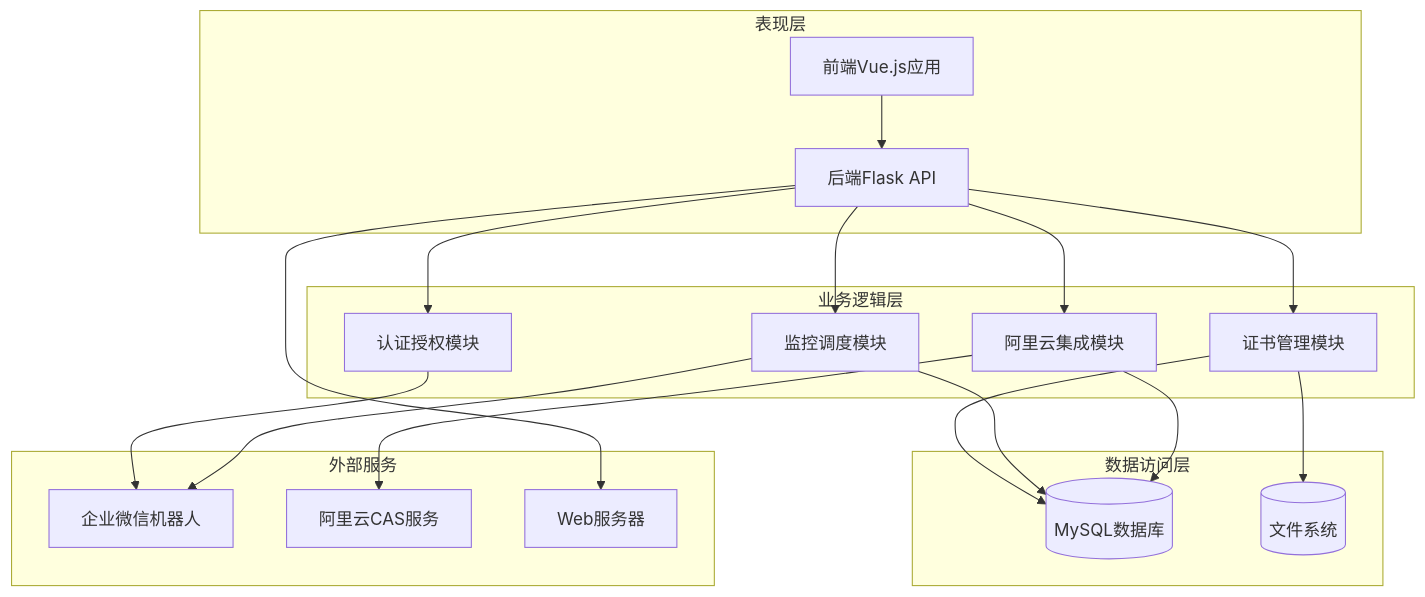
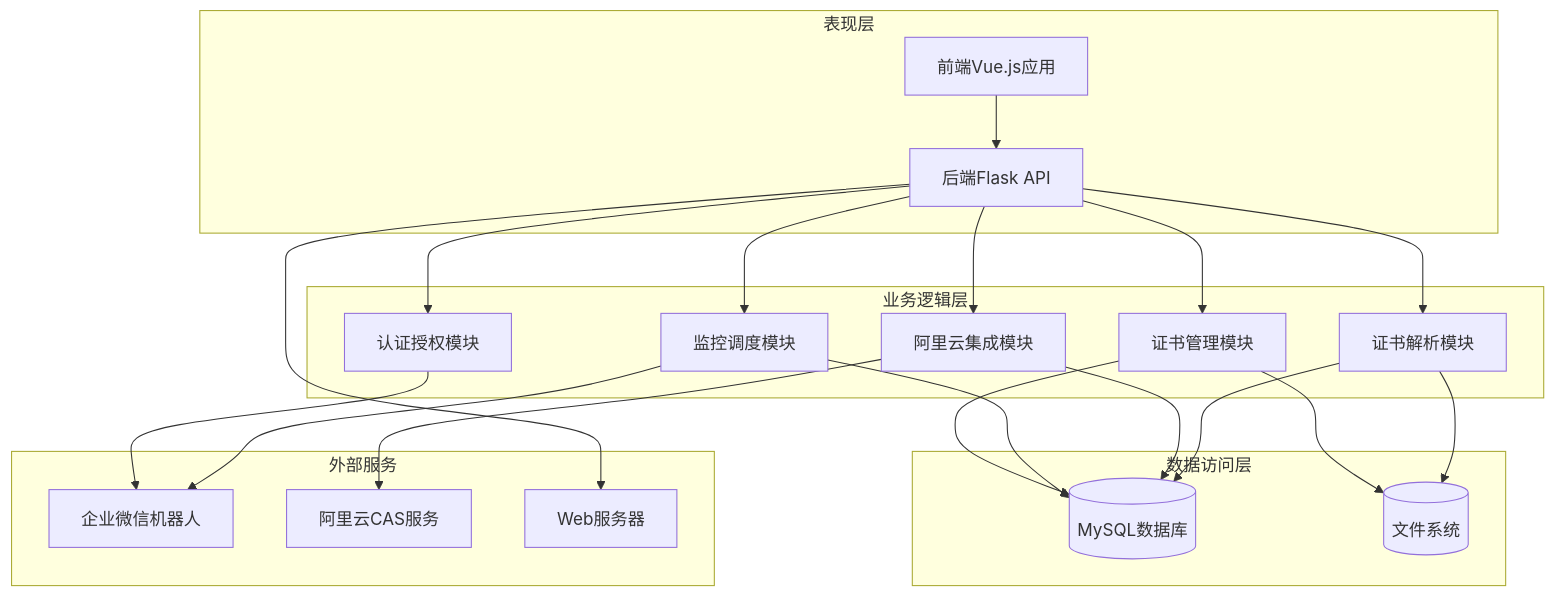
One commit to ismine3/OPS changed the second of 11 diagrams in .qoder/repowiki/zh/content/核心功能模块/SSL证书管理系统.md. Above: the diagram before and after it, drawn with Mermaid. The commit also changed other lines of this file and 17 other files, not shown here.

````diff
--- a/.qoder/repowiki/zh/content/核心功能模块/SSL证书管理系统.md
+++ b/.qoder/repowiki/zh/content/核心功能模块/SSL证书管理系统.md
@@ -137,35 +142,39 @@
 ```mermaid
 graph TB
 subgraph "表现层"
 UI[前端Vue.js应用]
 API[后端Flask API]
 end
 subgraph "业务逻辑层"
 AUTH[认证授权模块]
 CERT[证书管理模块]
 MONITOR[监控调度模块]
 ALIYUN[阿里云集成模块]
+PARSE[证书解析模块]
 end
 subgraph "数据访问层"
 DB[(MySQL数据库)]
 FS[(文件系统)]
 end
 subgraph "外部服务"
 WX[企业微信机器人]
 ALI[阿里云CAS服务]
 WEB[Web服务器]
 end
 UI --> API
 API --> AUTH
 API --> CERT
 API --> MONITOR
 API --> ALIYUN
+API --> PARSE
 CERT --> DB
 MONITOR --> DB
 ALIYUN --> DB
+PARSE --> DB
 CERT --> FS
 AUTH --> WX
 MONITOR --> WX
 ALIYUN --> ALI
+PARSE --> FS
 API --> WEB
 ```
````
